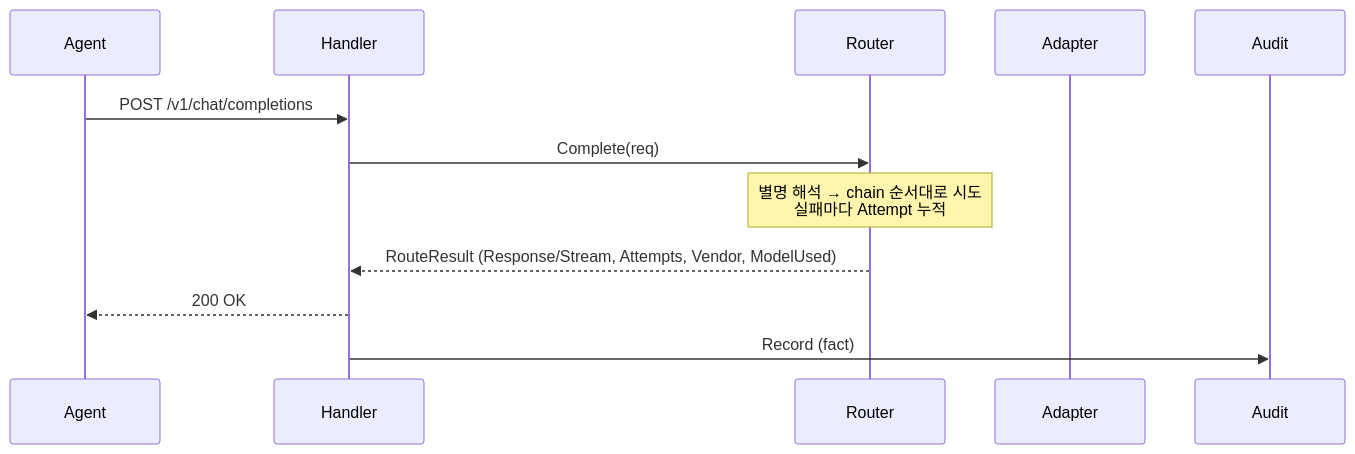
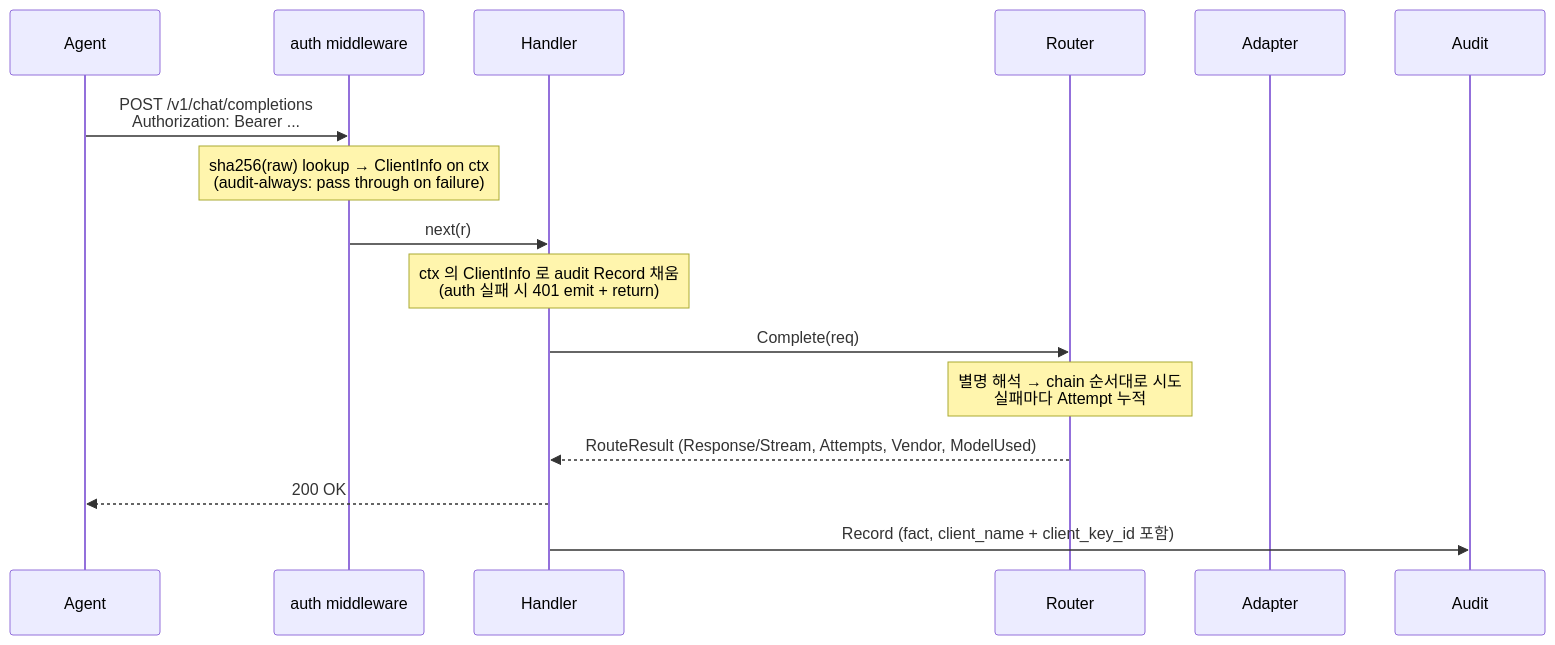
The second of 2 diagrams in docs/architecture.md (cagojeiger/llmgate), drawn with Mermaid before and after one commit. The commit also changed other lines of this file and 2 other files, not shown here.

Commit message:
Document client auth flow in README, architecture, and compose mount

````diff
--- a/docs/architecture.md
+++ b/docs/architecture.md
@@ -117,15 +144,19 @@
 ```mermaid
 sequenceDiagram
     participant A as Agent
+    participant M as auth middleware
     participant H as Handler
     participant R as Router
     participant P as Adapter
     participant Au as Audit
 
-    A->>H: POST /v1/chat/completions
+    A->>M: POST /v1/chat/completions<br/>Authorization: Bearer ...
+    Note over M: sha256(raw) lookup → ClientInfo on ctx<br/>(audit-always: pass through on failure)
+    M->>H: next(r)
+    Note over H: ctx 의 ClientInfo 로 audit Record 채움<br/>(auth 실패 시 401 emit + return)
     H->>R: Complete(req)
     Note over R: 별명 해석 → chain 순서대로 시도<br/>실패마다 Attempt 누적
     R-->>H: RouteResult (Response/Stream, Attempts, Vendor, ModelUsed)
     H-->>A: 200 OK
-    H->>Au: Record (fact)
+    H->>Au: Record (fact, client_name + client_key_id 포함)
 ```
````
